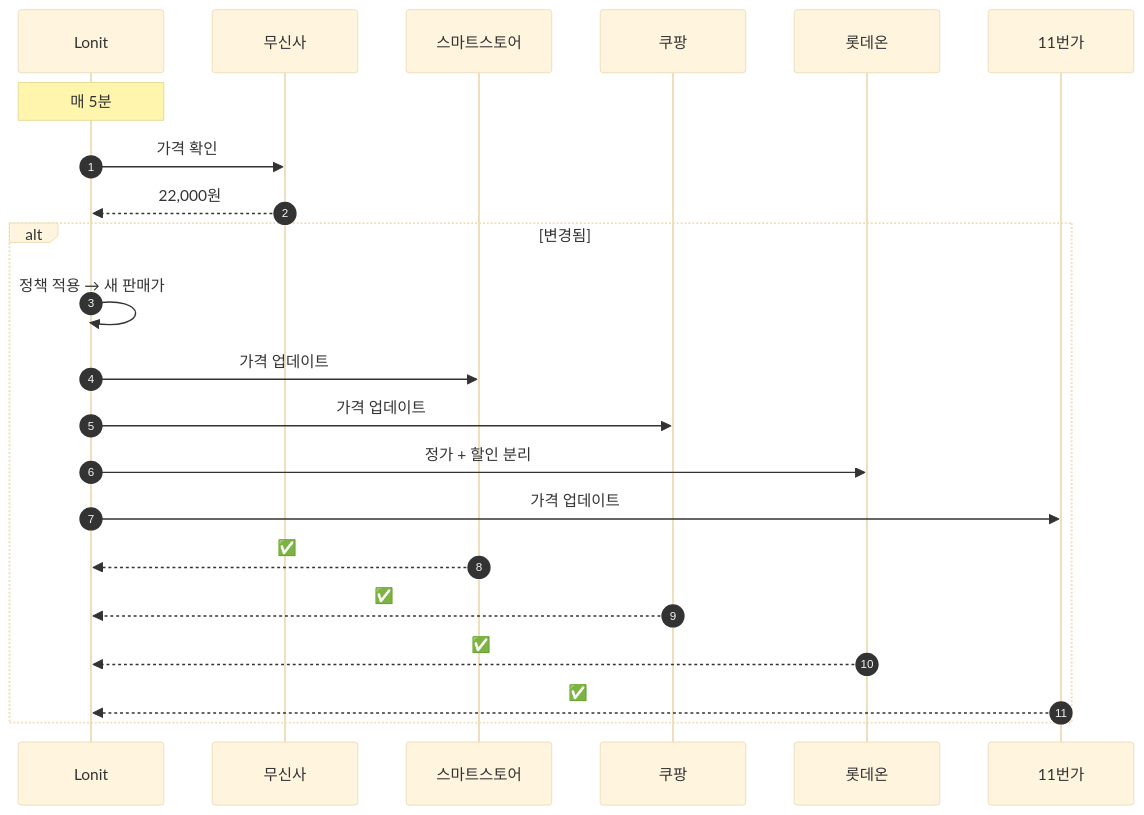
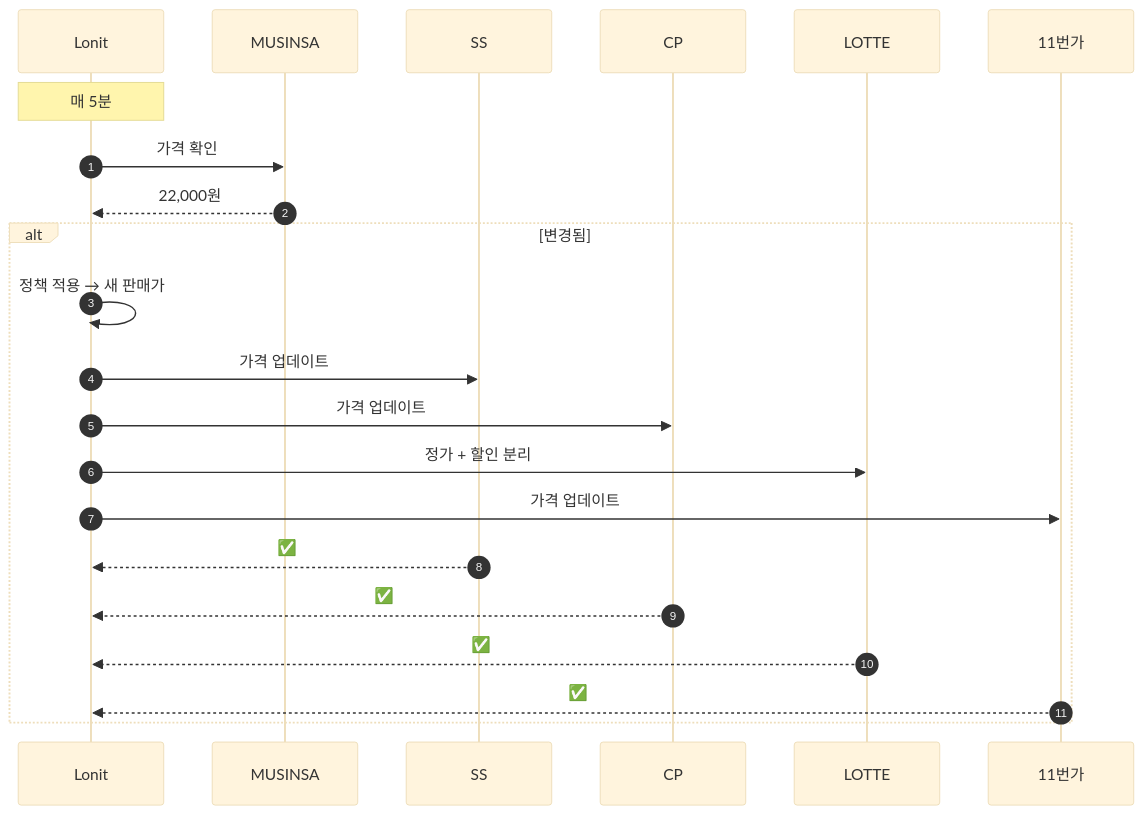
Before and after one commit to cksdud5785-design/lonit-manual: the sixth of 7 diagrams in docs/05-workflow.md, drawn with Mermaid (base theme). The commit also changed other lines of this file and 17 other files, not shown here.

First line of the commit message:
fix: mermaid 한국어 ID → ASCII + 더망고 → T사 일괄 변경

````diff
--- a/docs/05-workflow.md
+++ b/docs/05-workflow.md
@@ -165,19 +165,19 @@
 ```mermaid
 sequenceDiagram
     autonumber
     Note over Lonit: 매 5분
-    Lonit->>무신사: 가격 확인
-    무신사-->>Lonit: 22,000원
+    Lonit->>MUSINSA: 가격 확인
+    MUSINSA-->>Lonit: 22,000원
     
     alt 변경됨
         Lonit->>Lonit: 정책 적용 → 새 판매가
-        Lonit->>스마트스토어: 가격 업데이트
-        Lonit->>쿠팡: 가격 업데이트
-        Lonit->>롯데온: 정가 + 할인 분리
+        Lonit->>SS: 가격 업데이트
+        Lonit->>CP: 가격 업데이트
+        Lonit->>LOTTE: 정가 + 할인 분리
         Lonit->>11번가: 가격 업데이트
-        스마트스토어-->>Lonit: ✅
-        쿠팡-->>Lonit: ✅
-        롯데온-->>Lonit: ✅
+        SS-->>Lonit: ✅
+        CP-->>Lonit: ✅
+        LOTTE-->>Lonit: ✅
         11번가-->>Lonit: ✅
     end
 ```
````
